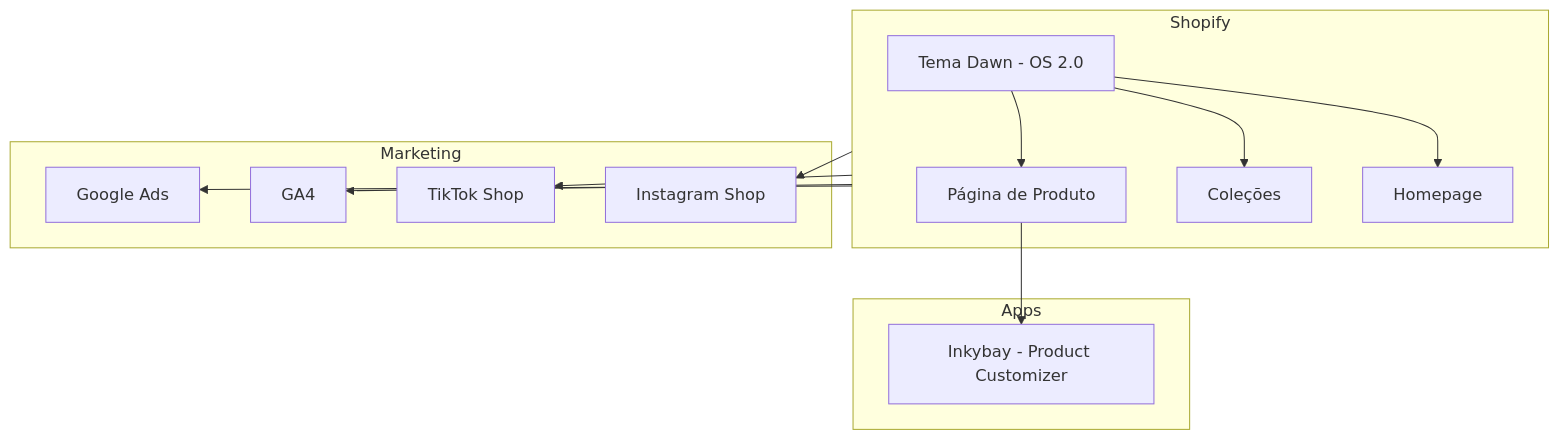
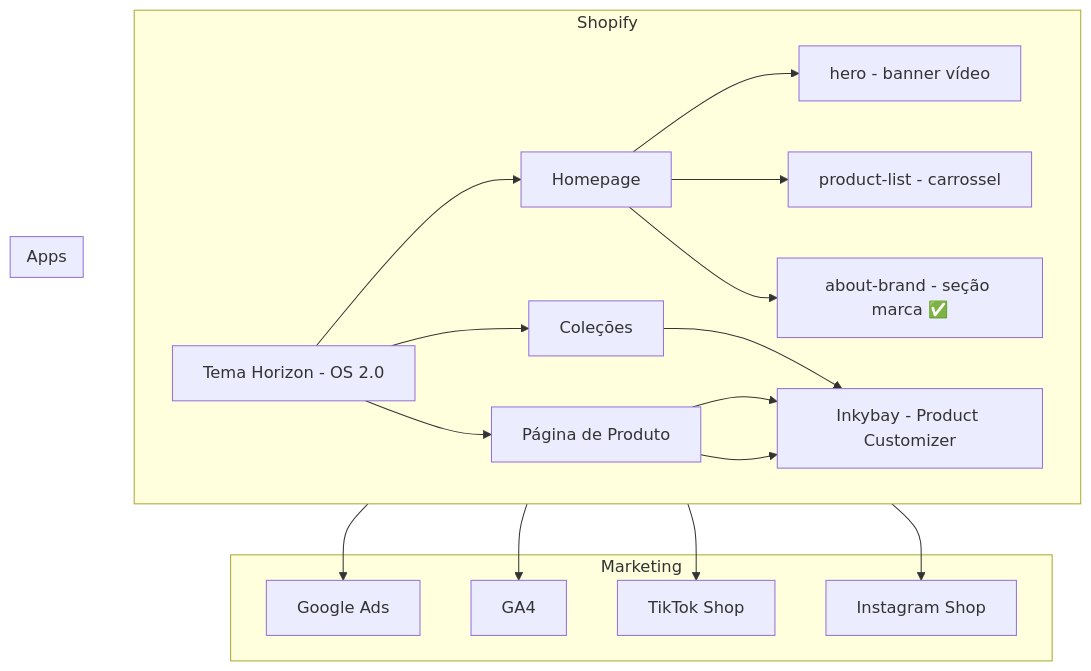
Before and after one commit to phcworkspace/merchsupplierTESTE: the diagram in Docs/graphify.md, drawn with Mermaid. The commit also changed other lines of this file and 5 other files, not shown here.

Commit message:
feat(homepage): add about-brand section to dev theme

````diff
--- a/Docs/graphify.md
+++ b/Docs/graphify.md
@@ -7,25 +7,31 @@
 ```mermaid
 graph TD
     subgraph Shopify
-        A[Tema Dawn - OS 2.0] --> B[Página de Produto]
+        A[Tema Horizon - OS 2.0] --> B[Página de Produto]
         A --> C[Coleções]
         A --> D[Homepage]
+        D --> S1[hero - banner vídeo]
+        D --> S2[product-list - carrossel]
+        D --> S3[about-brand - seção marca ✅]
+        E[(Produtos - 8 DRAFTs)]
+        C --> E
+        B --> E
     end
 
     subgraph Apps
         E[Inkybay - Product Customizer]
     end
 
     subgraph Marketing
         F[Google Ads]
         G[GA4]
         H[TikTok Shop]
         I[Instagram Shop]
     end
 
     B --> E
     Shopify --> F
     Shopify --> G
     Shopify --> H
     Shopify --> I
 ```
````
